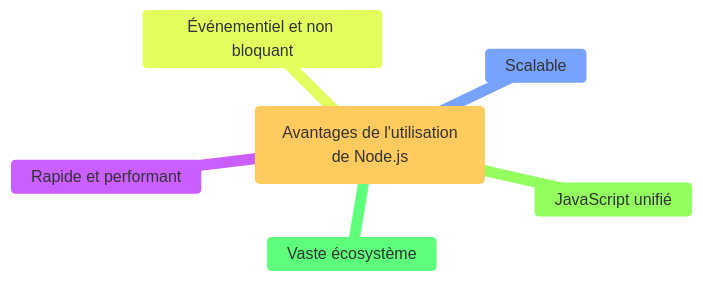
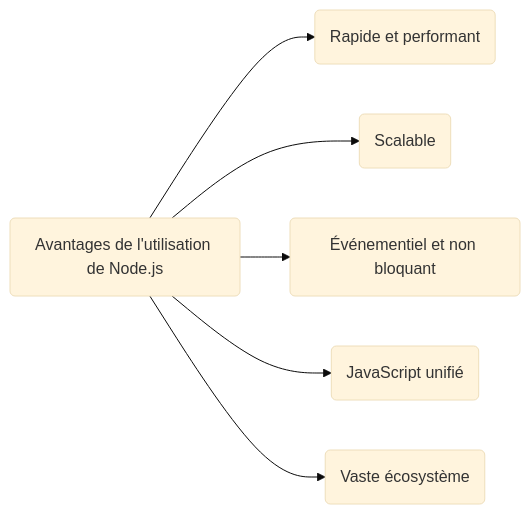
The first of 2 diagrams in docs/pkg_introduction/1.2.qu'est-ce que Node.js.md (labs-web/nodejs), drawn with Mermaid (base theme) before and after one commit. The commit also changed other lines of this file and 32 other files, not shown here.

```diff
--- a/docs/pkg_introduction/1.2.qu'est-ce que Node.js.md
+++ b/docs/pkg_introduction/1.2.qu'est-ce que Node.js.md
@@ -25,9 +27,9 @@
 <div class="mermaid">
-mindmap
-( Avantages de l'utilisation de Node.js) 
-    Rapide et performant
-    Scalable
-    Événementiel et non bloquant
-    JavaScript unifié
-    Vaste écosystème
+flowchart LR
+1(Avantages de l'utilisation de Node.js)
+1-->2(Rapide et performant)
+1-->3(Scalable)
+1-->4(Événementiel et non bloquant)
+1-->5(JavaScript unifié)
+1-->6(Vaste écosystème)
 </div>
```
